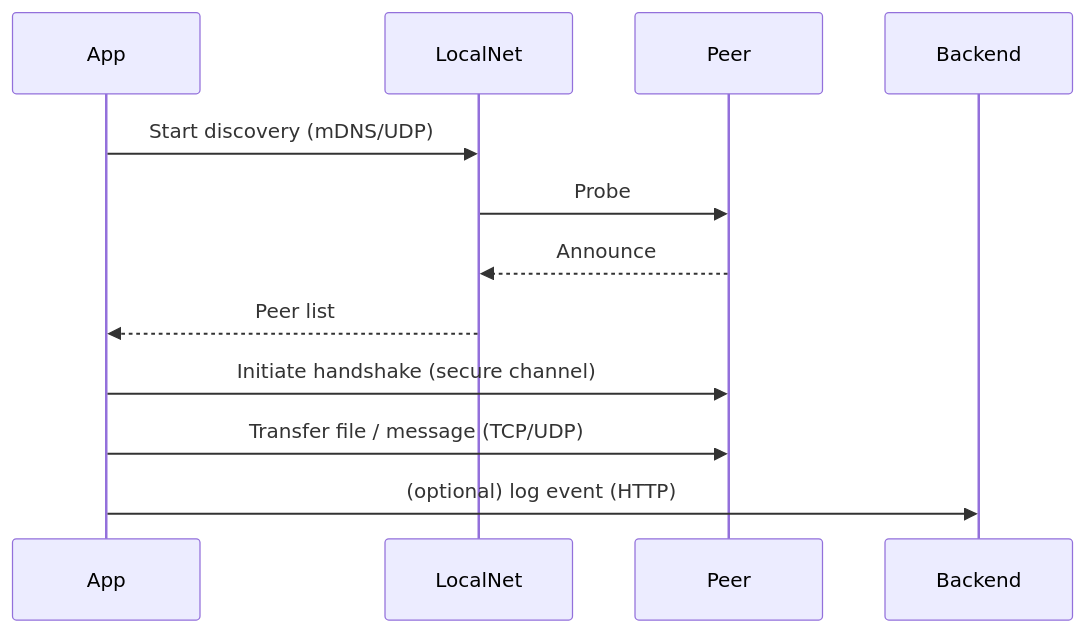
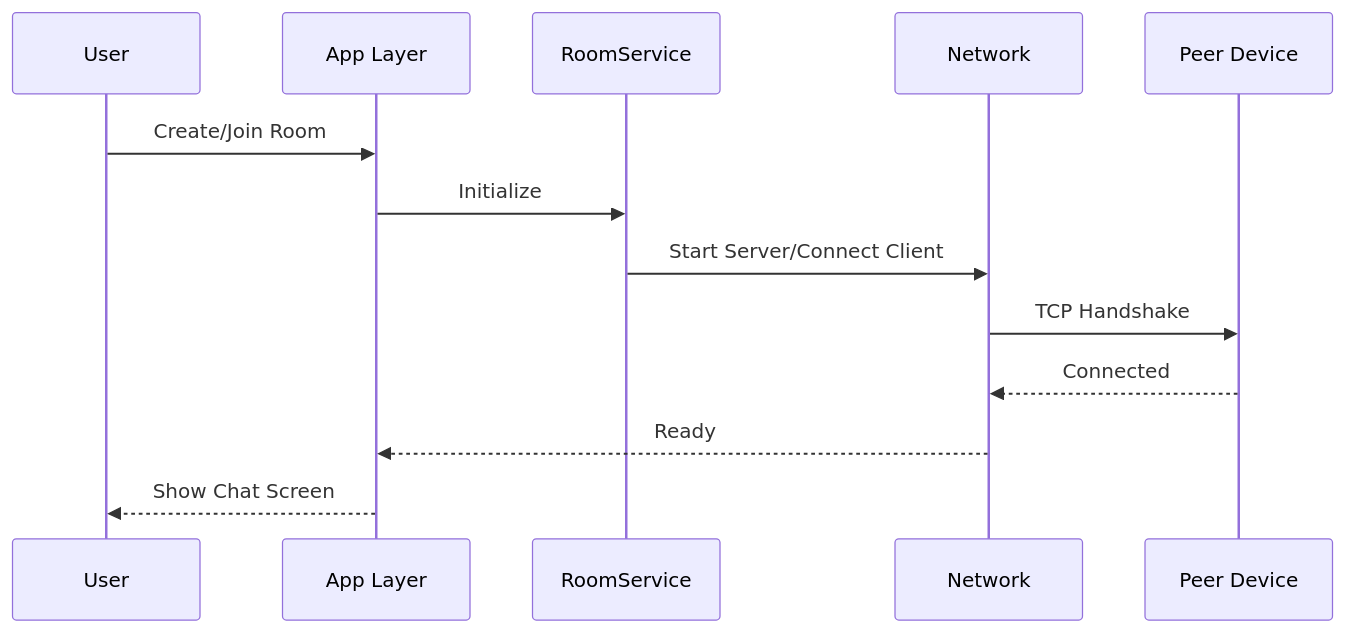
One commit to CODEMASTERSTACK/CommonCummunicationFabric changed the diagram in README.md. Above: the diagram before and after it, drawn with Mermaid. The commit also changed other lines of this file, not shown here.

Commit message:
Made changes like (saved content, UI change, etc.)

````diff
--- a/README.md
+++ b/README.md
@@ -51,14 +44,16 @@
 ```mermaid
 sequenceDiagram
-  participant App
-  participant LocalNet
-  participant Peer
-  participant Backend
-  App->>LocalNet: Start discovery (mDNS/UDP)
-  LocalNet->>Peer: Probe
-  Peer-->>LocalNet: Announce
-  LocalNet-->>App: Peer list
-  App->>Peer: Initiate handshake (secure channel)
-  App->>Peer: Transfer file / message (TCP/UDP)
-  App->>Backend: (optional) log event (HTTP)
+  participant User
+  participant App as App Layer
+  participant Room as RoomService
+  participant Net as Network
+  participant Peer as Peer Device
+  
+  User->>App: Create/Join Room
+  App->>Room: Initialize
+  Room->>Net: Start Server/Connect Client
+  Net->>Peer: TCP Handshake
+  Peer-->>Net: Connected
+  Net-->>App: Ready
+  App-->>User: Show Chat Screen
 ```
````
